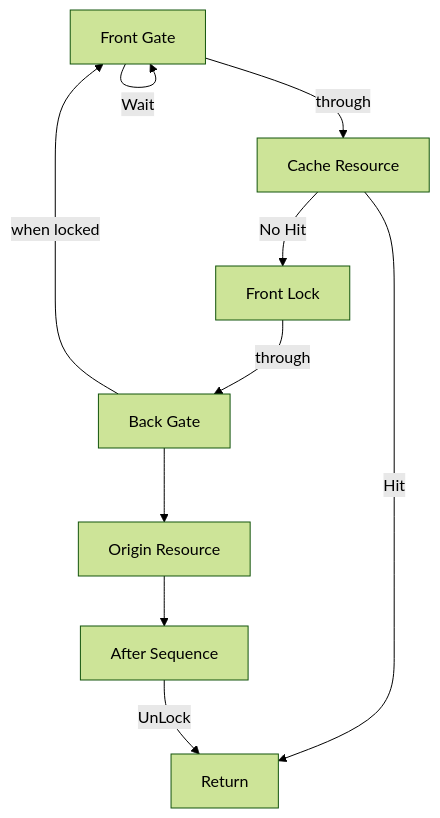
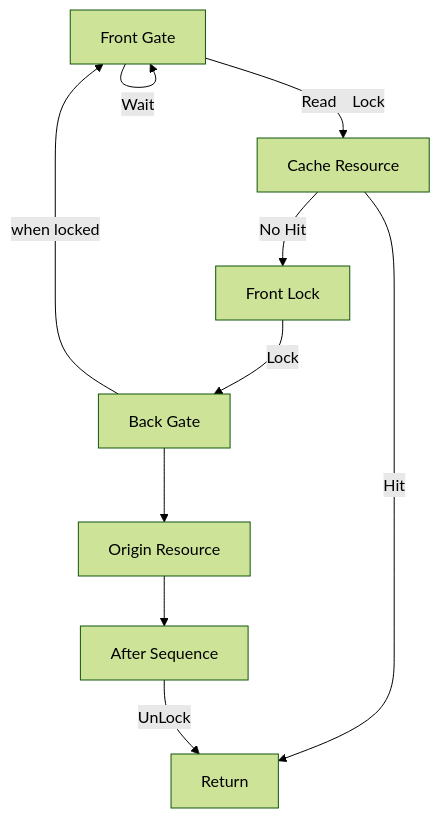
Before and after one commit to uzuna/go-twlock: the diagram in README.md, drawn with Mermaid (forest theme). The commit also changed 3 other files, not shown here.

````diff
--- a/README.md
+++ b/README.md
@@ -19,21 +19,21 @@
 ```mermaid
 graph TB
 
 FG[Front Gate]
 CR[Cache Resource]
 OR[Origin Resource]
 FL[Front Lock]
 BG[Back Gate]
 AS[After Sequence]
 R[Return]
 
-FG --through--> CR
+FG --Read　Lock--> CR
 FG --Wait-->FG
 CR --No Hit--> FL
 CR --Hit--> R
-FL --through-->BG
+FL --Lock-->BG
 BG --> OR
 BG --when locked--> FG
 OR -->AS
 AS --UnLock--> R
 ```
````
